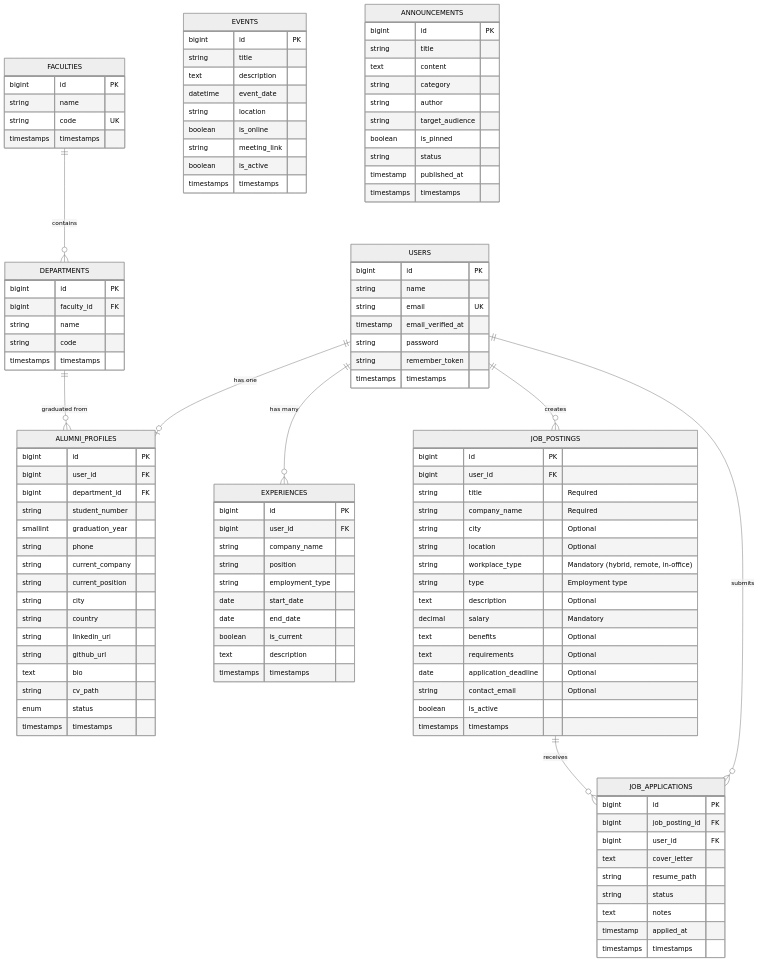
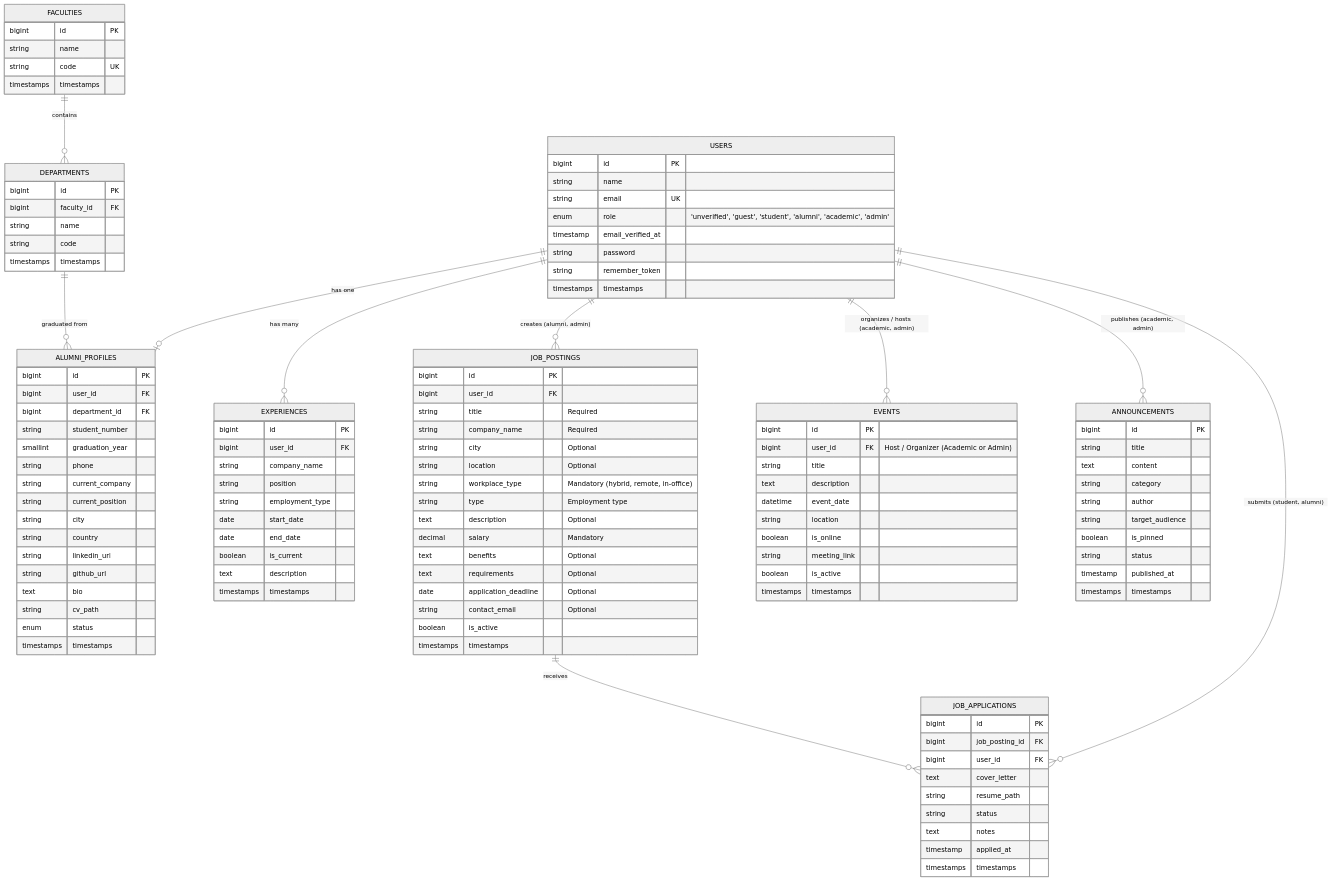
Before and after one commit to gamze-sueda-akpinar/alumni: the second of 8 diagrams in ddd.md, drawn with Mermaid (neutral theme). The commit also changed other lines of this file and 17 other files, not shown here.

Commit message:
feat: Add Admin Panel with data manipulation and Antigravity super admin role

```diff
--- a/ddd.md
+++ b/ddd.md
@@ -95,8 +102,10 @@
 erDiagram
     USERS ||--o| ALUMNI_PROFILES : "has one"
     USERS ||--o{ EXPERIENCES : "has many"
-    USERS ||--o{ JOB_POSTINGS : "creates"
-    USERS ||--o{ JOB_APPLICATIONS : "submits"
+    USERS ||--o{ JOB_POSTINGS : "creates (alumni, admin)"
+    USERS ||--o{ JOB_APPLICATIONS : "submits (student, alumni)"
+    USERS ||--o{ EVENTS : "organizes / hosts (academic, admin)"
+    USERS ||--o{ ANNOUNCEMENTS : "publishes (academic, admin)"
     JOB_POSTINGS ||--o{ JOB_APPLICATIONS : "receives"
     FACULTIES ||--o{ DEPARTMENTS : "contains"
     DEPARTMENTS ||--o{ ALUMNI_PROFILES : "graduated from"
@@ -105,6 +114,7 @@
         bigint id PK
         string name
         string email UK
+        enum role "'unverified', 'guest', 'student', 'alumni', 'academic', 'admin'"
         timestamp email_verified_at
         string password
         string remember_token
@@ -179,6 +189,7 @@
 
     EVENTS {
         bigint id PK
+        bigint user_id FK "Host / Organizer (Academic or Admin)"
         string title
         text description
         datetime event_date
```
